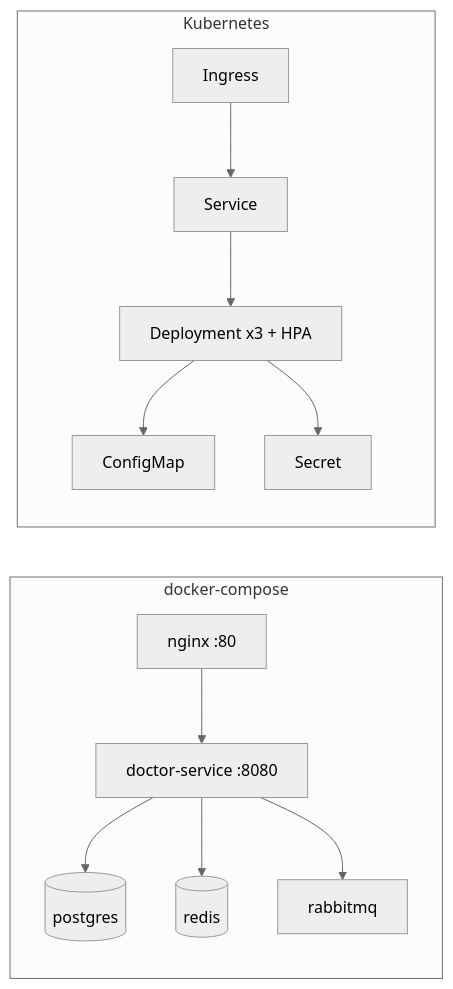
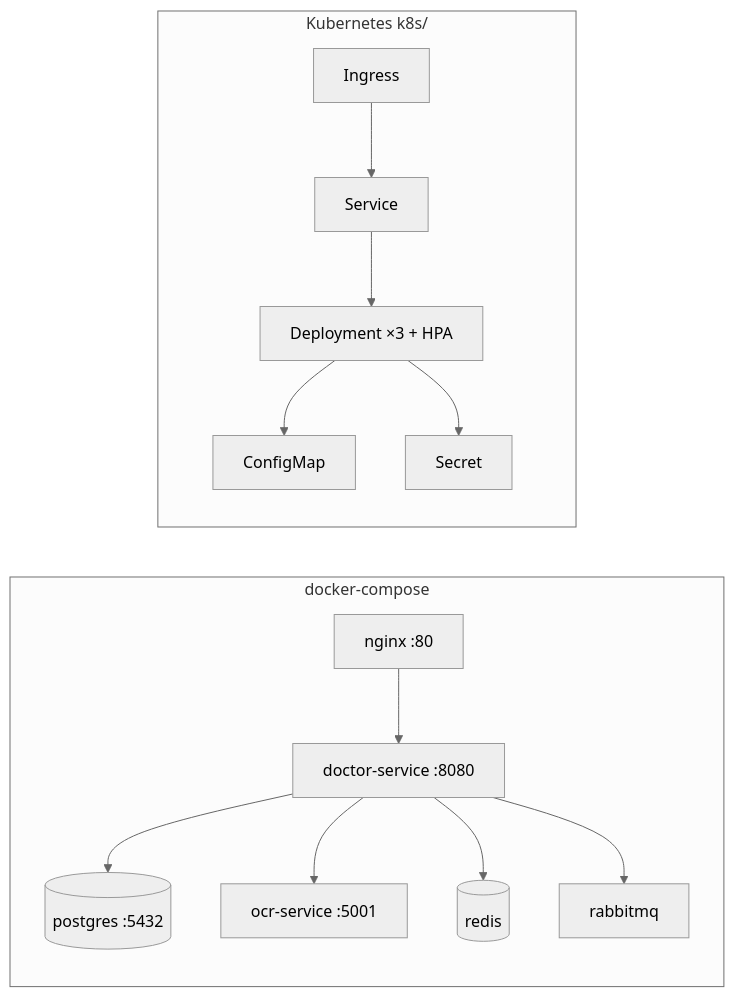
One commit to Saravanan2005real/zudoc-doctor-portal-EKYC changed diagram 11 of 11 in docs/ARCHITECTURE.md. Above: the diagram before and after it, drawn with Mermaid (neutral theme). The commit also changed other lines of this file and 1 other file, not shown here.

First line of the commit message:
Rewrite README and architecture docs for the Python eKYC pipeline.

````diff
--- a/docs/ARCHITECTURE.md
+++ b/docs/ARCHITECTURE.md
@@ -266,25 +346,27 @@
 ```mermaid
 flowchart LR
   subgraph Compose["docker-compose"]
     NGX[nginx :80]
     APP[doctor-service :8080]
-    PG[(postgres)]
+    OCR[ocr-service :5001]
+    PG[(postgres :5432)]
     RD[(redis)]
     RMQ[rabbitmq]
     NGX --> APP
     APP --> PG
+    APP --> OCR
     APP --> RD
     APP --> RMQ
   end
 
-  subgraph K8s["Kubernetes"]
+  subgraph K8s["Kubernetes k8s/"]
     Ing[Ingress]
     Svc[Service]
-    Dep[Deployment x3 + HPA]
+    Dep[Deployment ×3 + HPA]
     CM[ConfigMap]
     Sec[Secret]
     Ing --> Svc --> Dep
     Dep --> CM
     Dep --> Sec
   end
 ```
````
